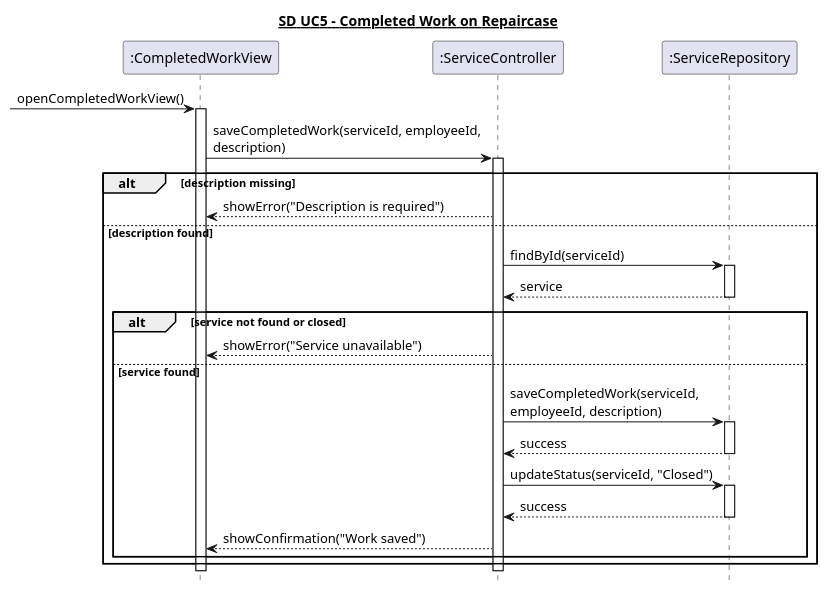
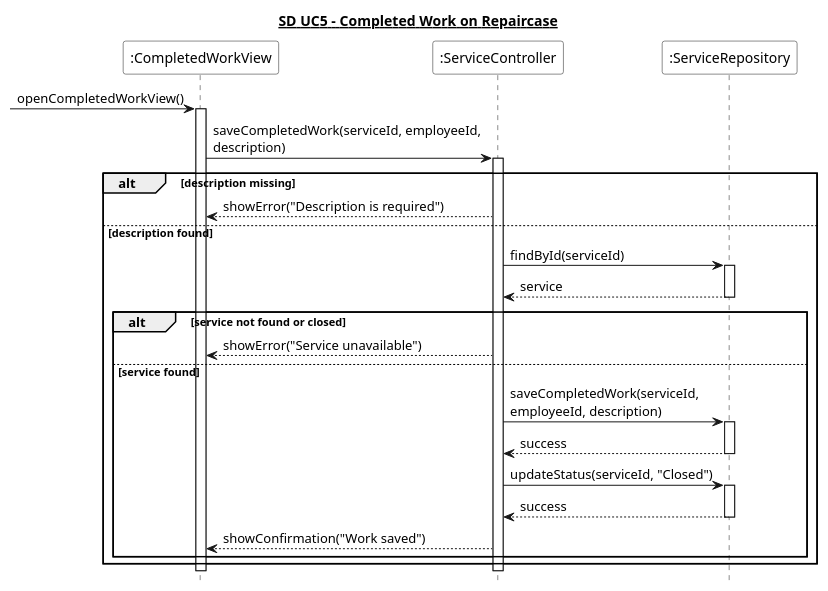
The diagram in 6. Sekvens Diagrammer/UC5_udført_arbejde.puml (Zoabz/Getting-Real), drawn with PlantUML before and after one commit. The commit also changed 8 other files, not shown here.

```diff
--- a/6. Sekvens Diagrammer/UC5_udført_arbejde.puml
+++ b/6. Sekvens Diagrammer/UC5_udført_arbejde.puml
@@ -1,45 +1,45 @@
 @startuml
 hide footbox
 title <U>SD UC5 - Completed Work on Repaircase</U>
 
-participant ":CompletedWorkView" as View
-participant ":ServiceController" as Controller
-participant ":ServiceRepository" as Repository
+participant ":CompletedWorkView" as View #White
+participant ":ServiceController" as Controller #White
+participant ":ServiceRepository" as Repository #White
 
 [-> View : openCompletedWorkView()
 activate View
 
 View -> Controller : saveCompletedWork(serviceId, employeeId,\ndescription)
 activate Controller
 
 alt description missing
     Controller --> View : showError("Description is required")
 
 else description found
     Controller -> Repository : findById(serviceId)
     activate Repository
     Repository --> Controller : service
     deactivate Repository
 
     alt service not found or closed
         Controller --> View : showError("Service unavailable")
 
     else service found
         Controller -> Repository : saveCompletedWork(serviceId,\nemployeeId, description)
         activate Repository
         Repository --> Controller : success
         deactivate Repository
 
         Controller -> Repository : updateStatus(serviceId, "Closed")
         activate Repository
         Repository --> Controller : success
         deactivate Repository
 
         Controller --> View : showConfirmation("Work saved")
     end
 end
 
 deactivate Controller
 deactivate View
 
 @enduml
```
